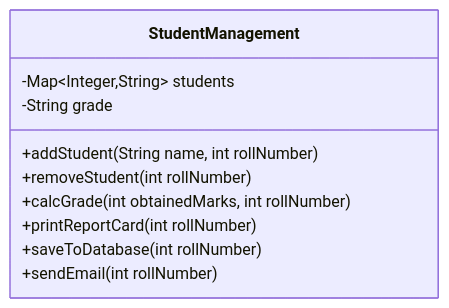
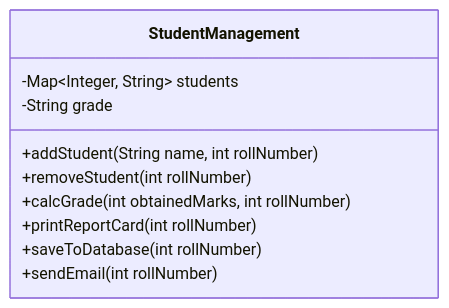
The first of 2 diagrams in README.md (bhargavi1973/System-Design), drawn with Mermaid before and after one commit. The commit also changed other lines of this file, not shown here.

First line of the commit message:
Revise UML Diagram for Student Management System

````diff
--- a/README.md
+++ b/README.md
@@ -3,15 +3,15 @@
-   ```mermaid
+```mermaid
 classDiagram
 
 class StudentManagement{
-    -Map~Integer,String~ students
+    -Map~Integer, String~ students
     -String grade
 
     +addStudent(String name, int rollNumber)
     +removeStudent(int rollNumber)
     +calcGrade(int obtainedMarks, int rollNumber)
     +printReportCard(int rollNumber)
     +saveToDatabase(int rollNumber)
     +sendEmail(int rollNumber)
 }
 ```
````
